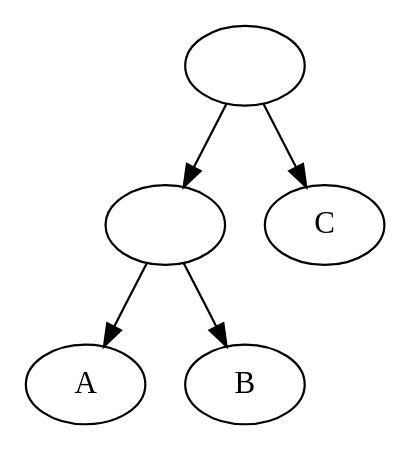
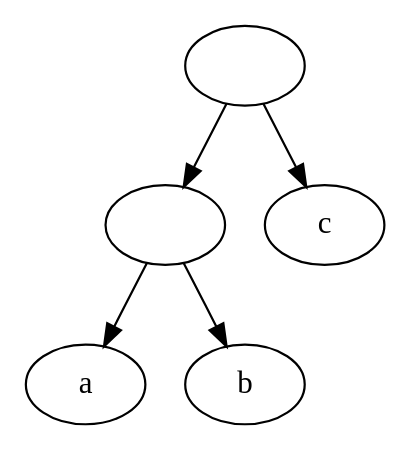
The diagram in ParsingTxt/ParentheticalToDot/converted.dot (iharnoor/PhylogeneticsWebsite), drawn with Graphviz before and after one commit. The commit also changed 12 other files, not shown here.

```diff
--- a/ParsingTxt/ParentheticalToDot/converted.dot
+++ b/ParsingTxt/ParentheticalToDot/converted.dot
@@ -1,11 +1,11 @@
 digraph G {
 id5[label=""];
 id3[label=""];
-id1[label="A"];
+id1[label="a"];
 id3 ->  id1
-id2[label="B"];
+id2[label="b"];
 id3 ->  id2
 id5 ->  id3
-id4[label="C"];
+id4[label="c"];
 id5 ->  id4
 }
```
